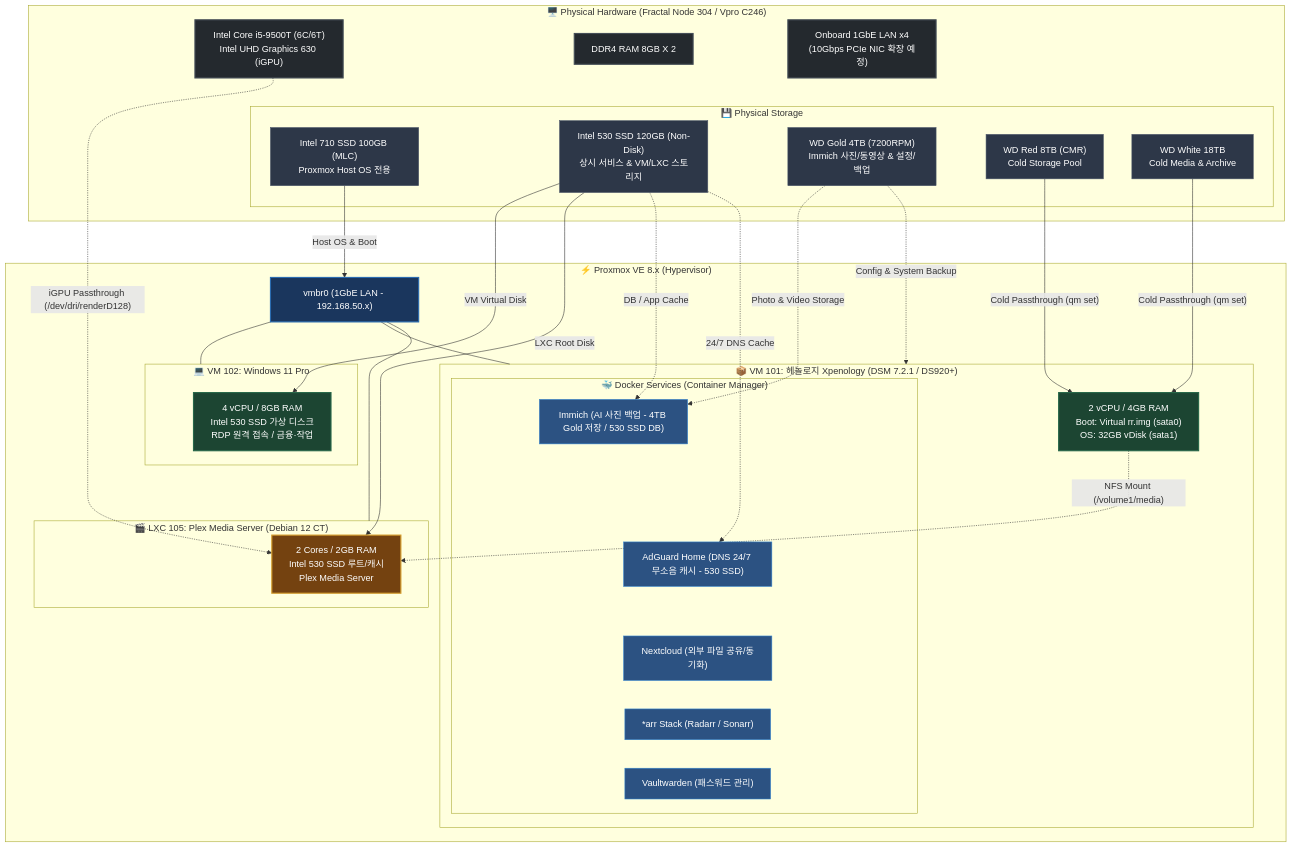
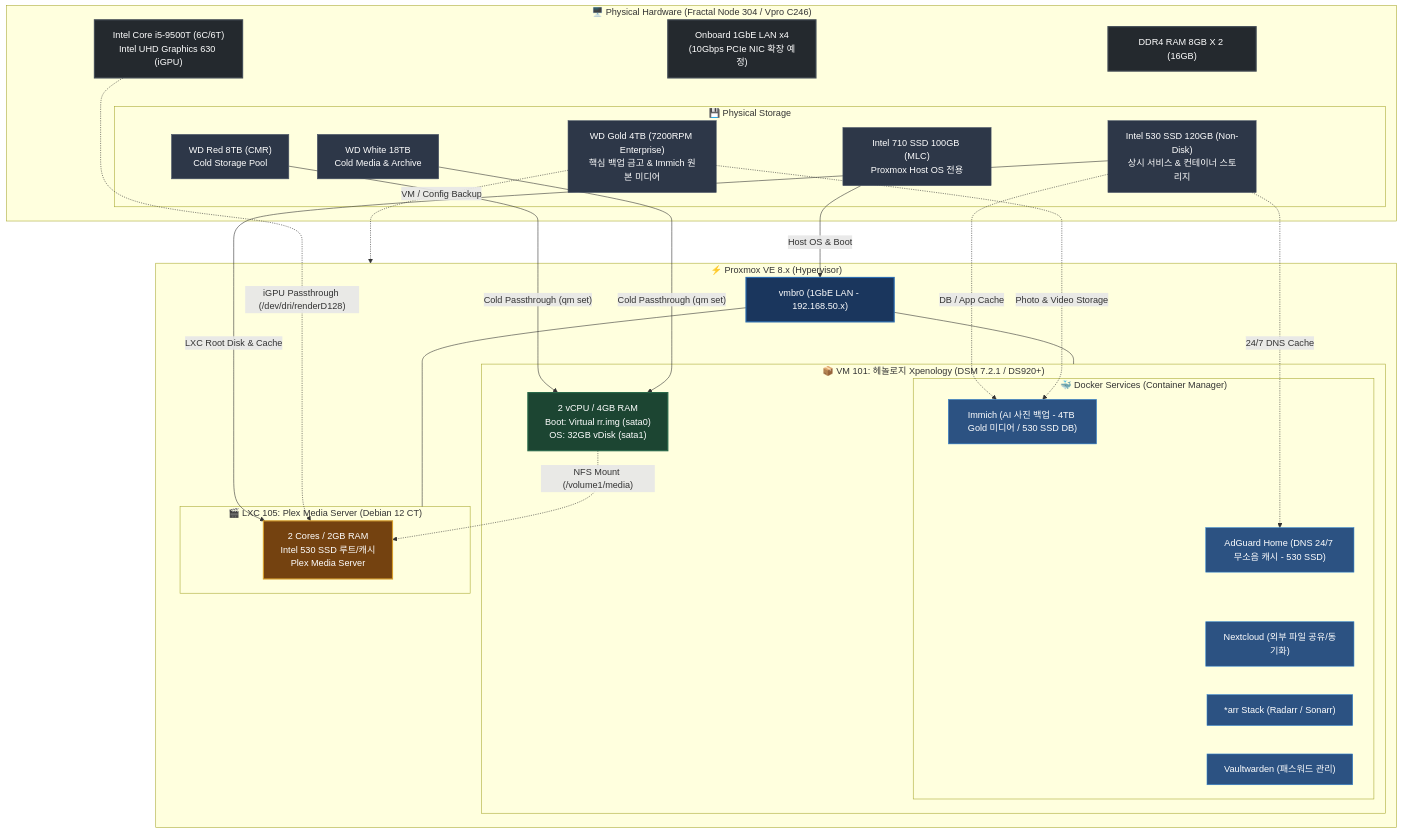
Before and after one commit to waceh/nas: the diagram in README.md, drawn with Mermaid. The commit also changed other lines of this file and 1 other file, not shown here.

Commit message:
docs: 실 운영 스택 반영 (Windows VM 기본 제외, WD Gold 핵심 백업금고 및 Cold Passthrough 디스크 역할 명시)

```diff
--- a/README.md
+++ b/README.md
@@ -26,13 +26,13 @@
     %% 1. 상단 박스: Physical Hardware
     subgraph HW["🖥️ Physical Hardware (Fractal Node 304 / Vpro C246)"]
         CPU["Intel Core i5-9500T (6C/6T)<br/>Intel UHD Graphics 630 (iGPU)"]:::hw
-        RAM["DDR4 RAM 8GB X 2"]:::hw
+        RAM["DDR4 RAM 8GB X 2 (16GB)"]:::hw
         NIC["Onboard 1GbE LAN x4<br/>(10Gbps PCIe NIC 확장 예정)"]:::hw
         
         subgraph Disks["💾 Physical Storage"]
             SSD_710["Intel 710 SSD 100GB (MLC)<br/>Proxmox Host OS 전용"]:::disk
-            SSD_530["Intel 530 SSD 120GB (Non-Disk)<br/>상시 서비스 & VM/LXC 스토리지"]:::disk
-            WD_Gold["WD Gold 4TB (7200RPM)<br/>Immich 사진/동영상 & 설정/백업"]:::disk
+            SSD_530["Intel 530 SSD 120GB (Non-Disk)<br/>상시 서비스 & 컨테이너 스토리지"]:::disk
+            WD_Gold["WD Gold 4TB (7200RPM Enterprise)<br/>핵심 백업 금고 & Immich 원본 미디어"]:::disk
             WD_Red["WD Red 8TB (CMR)<br/>Cold Storage Pool"]:::disk
             WD_White["WD White 18TB<br/>Cold Media & Archive"]:::disk
         end
@@ -42,17 +42,12 @@
     subgraph PVE["⚡ Proxmox VE 8.x (Hypervisor)"]
         VMBR0["vmbr0 (1GbE LAN - 192.168.50.x)"]:::pve
         
-        %% VM 102: Windows 11
-        subgraph VM102["💻 VM 102: Windows 11 Pro"]
-            WIN_SPEC["4 vCPU / 8GB RAM<br/>Intel 530 SSD 가상 디스크<br/>RDP 원격 접속 / 금융·작업"]:::vm
-        end
-
         %% VM 101: Xpenology
         subgraph VM101["📦 VM 101: 헤놀로지 Xpenology (DSM 7.2.1 / DS920+)"]
             NAS_SPEC["2 vCPU / 4GB RAM<br/>Boot: Virtual rr.img (sata0)<br/>OS: 32GB vDisk (sata1)"]:::vm
             
             subgraph Docker["🐳 Docker Services (Container Manager)"]
-                D2["Immich (AI 사진 백업 - 4TB Gold 저장 / 530 SSD DB)"]:::docker
+                D2["Immich (AI 사진 백업 - 4TB Gold 미디어 / 530 SSD DB)"]:::docker
                 D4["AdGuard Home (DNS 24/7 무소음 캐시 - 530 SSD)"]:::docker
                 D1["Nextcloud (외부 파일 공유/동기화)"]:::docker
                 D3["*arr Stack (Radarr / Sonarr)"]:::docker
@@ -78,12 +73,11 @@
 
     %% Storage & Passthrough Links
     SSD_710 -->|"Host OS & Boot"| VMBR0
-    SSD_530 -->|"VM Virtual Disk"| WIN_SPEC
-    SSD_530 -->|"LXC Root Disk"| PLEX_SPEC
+    SSD_530 -->|"LXC Root Disk & Cache"| PLEX_SPEC
     SSD_530 -.->|"DB / App Cache"| D2
     SSD_530 -.->|"24/7 DNS Cache"| D4
     WD_Gold -.->|"Photo & Video Storage"| D2
-    WD_Gold -.->|"Config & System Backup"| VM101
+    WD_Gold -.->|"VM / Config Backup"| PVE
     WD_Red -->|"Cold Passthrough (qm set)"| NAS_SPEC
     WD_White -->|"Cold Passthrough (qm set)"| NAS_SPEC
     
@@ -91,7 +85,6 @@
     CPU -.->|"iGPU Passthrough (/dev/dri/renderD128)"| PLEX_SPEC
     
     %% Network & Shared Storage
-    VMBR0 --- VM102
     VMBR0 --- VM101
     VMBR0 --- LXC105
     NAS_SPEC -.->|"NFS Mount (/volume1/media)"| PLEX_SPEC
```
